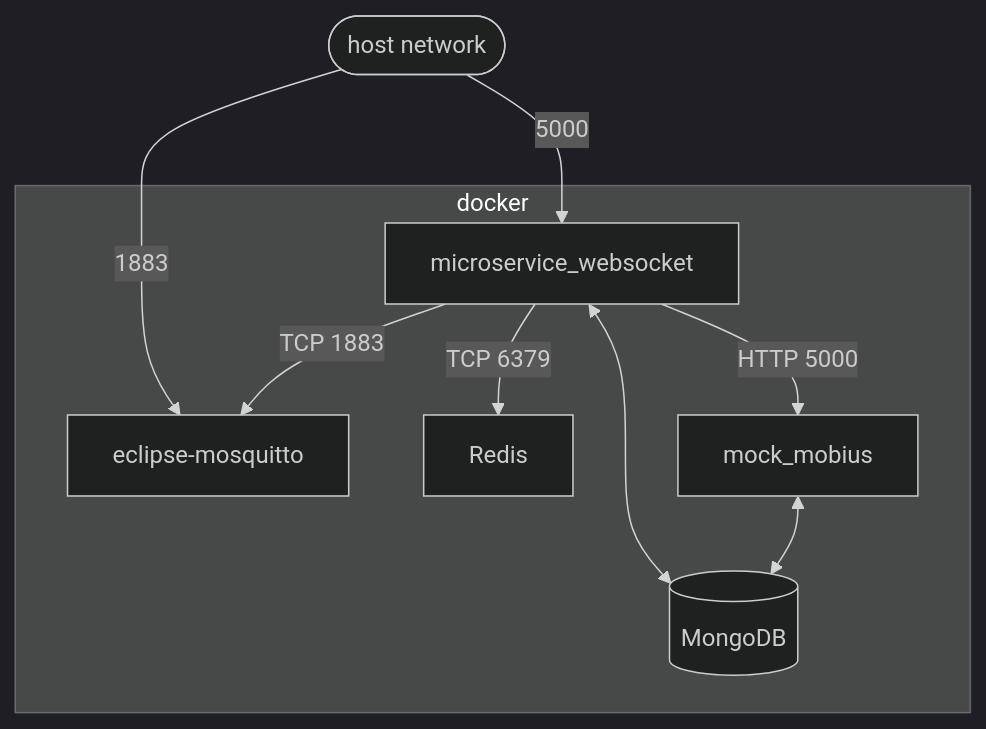
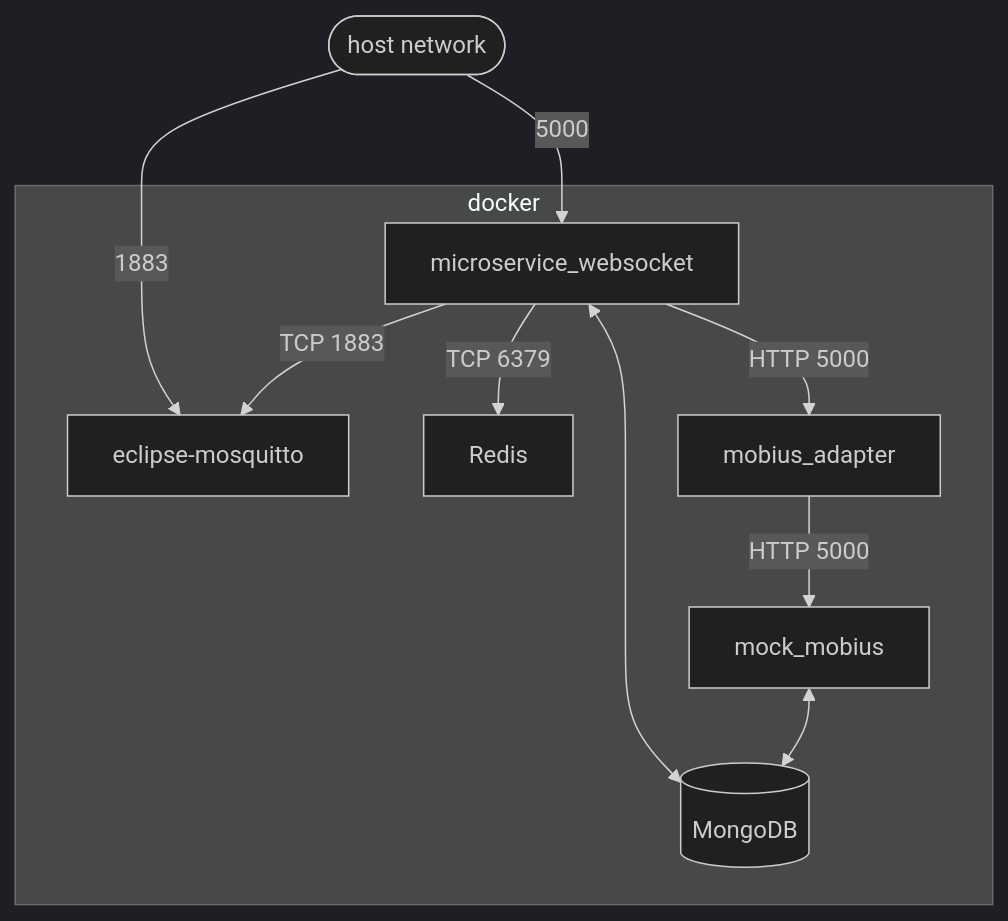
Before and after one commit to monemasrl/irma: the diagram in graphs/docker_compose_scheme.mmd, drawn with Mermaid (dark theme). The commit also changed 4 other files, not shown here.

Commit message:
Update graphs

```diff
--- a/graphs/docker_compose_scheme.mmd
+++ b/graphs/docker_compose_scheme.mmd
@@ -1,18 +1,20 @@
 flowchart TD;
 
 subgraph docker
     mqtt[eclipse-mosquitto]
     mobius[mock_mobius]
+    ma[mobius_adapter]
     mongo[(MongoDB)]
     msw[microservice_websocket]
     redis[Redis]
 
     msw -- TCP 1883 --> mqtt
     msw -- TCP 6379 --> redis
     mobius <--> mongo
     msw <--> mongo
-    msw -- HTTP 5000 --> mobius
+    msw -- HTTP 5000 --> ma
+    ma -- HTTP 5000 --> mobius
 end
 out([host network])
 out -- 1883 --> mqtt
 out -- 5000 --> msw
```
